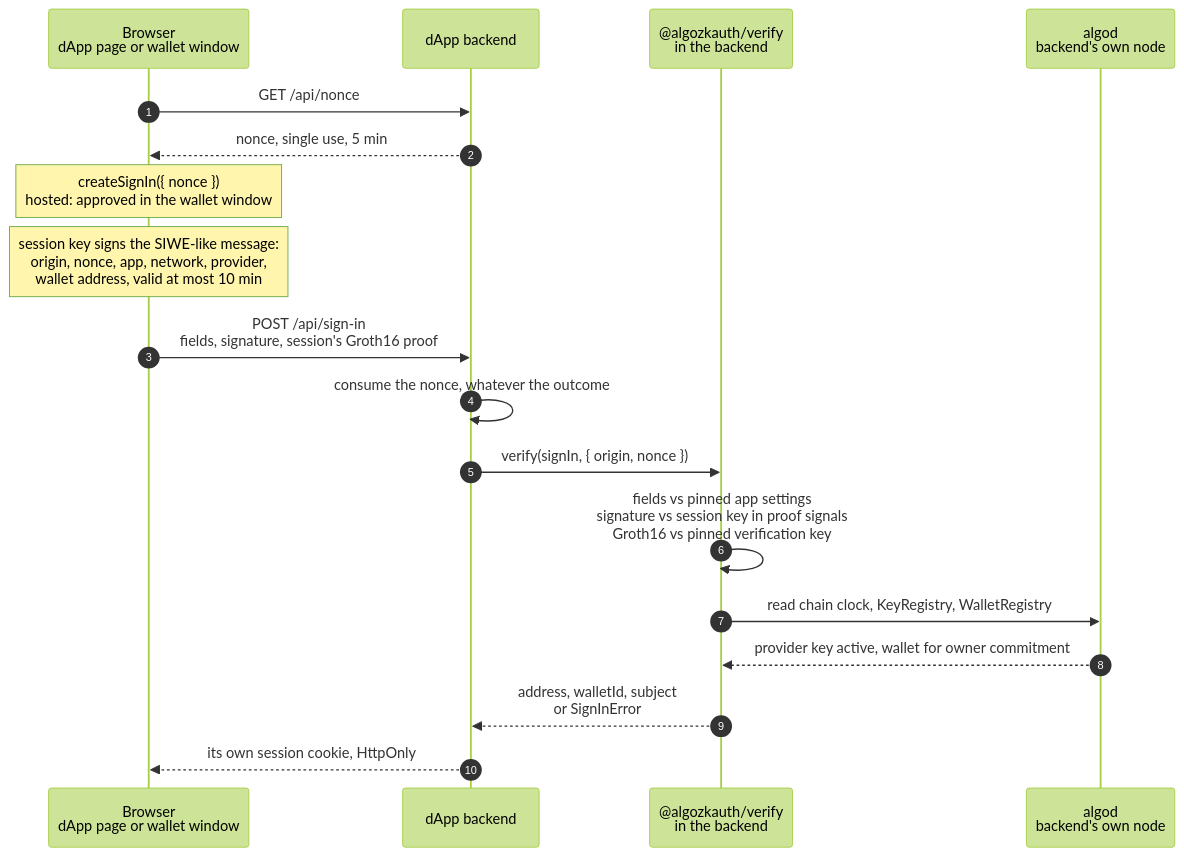
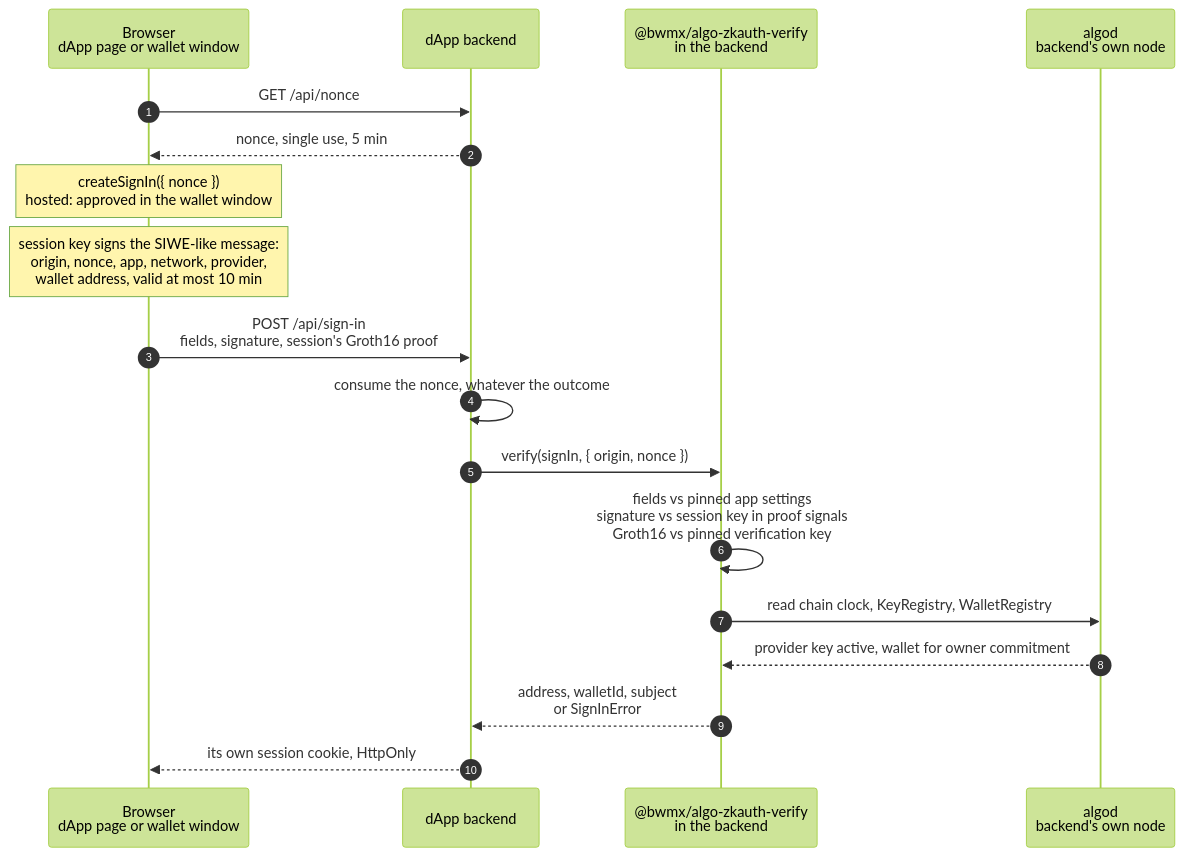
One commit to bwmx/algo-zkauth changed the third of 3 diagrams in docs/service-architecture.md. Above: the diagram before and after it, drawn with Mermaid (forest theme). The commit also changed other lines of this file and 71 other files, not shown here.

````diff
--- a/docs/service-architecture.md
+++ b/docs/service-architecture.md
@@ -125,20 +125,20 @@
 ```mermaid
 sequenceDiagram
   autonumber
   participant P as Browser<br/>dApp page or wallet window
   participant B as dApp backend
-  participant V as @algozkauth/verify<br/>in the backend
+  participant V as @bwmx/algo-zkauth-verify<br/>in the backend
   participant N as algod<br/>backend's own node
   P->>B: GET /api/nonce
   B-->>P: nonce, single use, 5 min
   Note over P: createSignIn({ nonce })<br/>hosted: approved in the wallet window
   Note over P: session key signs the SIWE-like message:<br/>origin, nonce, app, network, provider,<br/>wallet address, valid at most 10 min
   P->>B: POST /api/sign-in<br/>fields, signature, session's Groth16 proof
   B->>B: consume the nonce, whatever the outcome
   B->>V: verify(signIn, { origin, nonce })
   V->>V: fields vs pinned app settings<br/>signature vs session key in proof signals<br/>Groth16 vs pinned verification key
   V->>N: read chain clock, KeyRegistry, WalletRegistry
   N-->>V: provider key active, wallet for owner commitment
   V-->>B: address, walletId, subject<br/>or SignInError
   B-->>P: its own session cookie, HttpOnly
 ```
````
